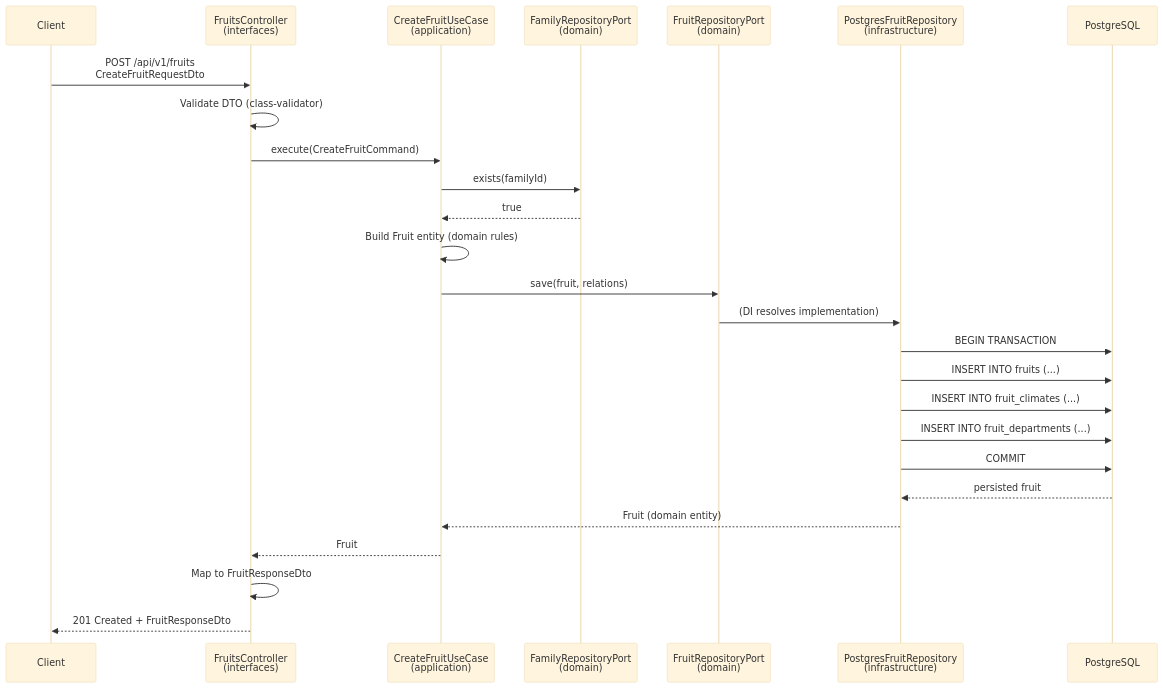
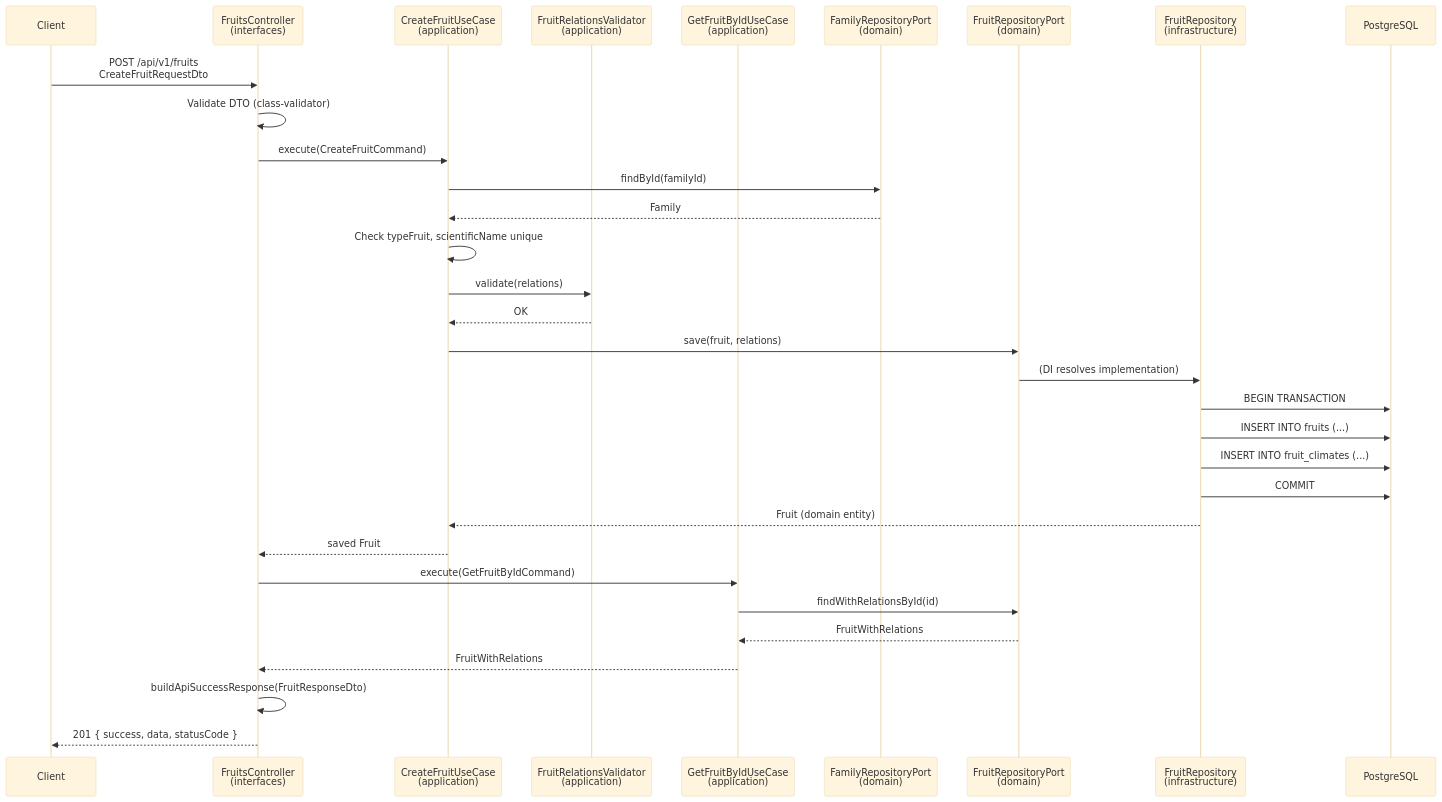
The diagram in docs/architecture/04-sequence-create-fruit.md (JeansCordoba/Colombian_fruits), drawn with Mermaid (base theme) before and after one commit. The commit also changed other lines of this file and 35 other files, not shown here.

Commit message:
docs: update documentation, diagrams, wiki and Study learning section

````diff
--- a/docs/architecture/04-sequence-create-fruit.md
+++ b/docs/architecture/04-sequence-create-fruit.md
@@ -19,29 +21,35 @@
 ```mermaid
 sequenceDiagram
     participant Client
     participant Controller as FruitsController<br/>(interfaces)
-    participant UseCase as CreateFruitUseCase<br/>(application)
+    participant CreateUC as CreateFruitUseCase<br/>(application)
+    participant Validator as FruitRelationsValidator<br/>(application)
+    participant GetUC as GetFruitByIdUseCase<br/>(application)
     participant FamilyRepo as FamilyRepositoryPort<br/>(domain)
     participant FruitRepo as FruitRepositoryPort<br/>(domain)
-    participant PGRepo as PostgresFruitRepository<br/>(infrastructure)
+    participant PGRepo as FruitRepository<br/>(infrastructure)
     participant DB as PostgreSQL
 
     Client->>Controller: POST /api/v1/fruits<br/>CreateFruitRequestDto
     Controller->>Controller: Validate DTO (class-validator)
-    Controller->>UseCase: execute(CreateFruitCommand)
-    UseCase->>FamilyRepo: exists(familyId)
-    FamilyRepo-->>UseCase: true
-    UseCase->>UseCase: Build Fruit entity (domain rules)
-    UseCase->>FruitRepo: save(fruit, relations)
+    Controller->>CreateUC: execute(CreateFruitCommand)
+    CreateUC->>FamilyRepo: findById(familyId)
+    FamilyRepo-->>CreateUC: Family
+    CreateUC->>CreateUC: Check typeFruit, scientificName unique
+    CreateUC->>Validator: validate(relations)
+    Validator-->>CreateUC: OK
+    CreateUC->>FruitRepo: save(fruit, relations)
     FruitRepo->>PGRepo: (DI resolves implementation)
     PGRepo->>DB: BEGIN TRANSACTION
     PGRepo->>DB: INSERT INTO fruits (...)
     PGRepo->>DB: INSERT INTO fruit_climates (...)
-    PGRepo->>DB: INSERT INTO fruit_departments (...)
     PGRepo->>DB: COMMIT
-    DB-->>PGRepo: persisted fruit
-    PGRepo-->>UseCase: Fruit (domain entity)
-    UseCase-->>Controller: Fruit
-    Controller->>Controller: Map to FruitResponseDto
-    Controller-->>Client: 201 Created + FruitResponseDto
+    PGRepo-->>CreateUC: Fruit (domain entity)
+    CreateUC-->>Controller: saved Fruit
+    Controller->>GetUC: execute(GetFruitByIdCommand)
+    GetUC->>FruitRepo: findWithRelationsById(id)
+    FruitRepo-->>GetUC: FruitWithRelations
+    GetUC-->>Controller: FruitWithRelations
+    Controller->>Controller: buildApiSuccessResponse(FruitResponseDto)
+    Controller-->>Client: 201 { success, data, statusCode }
 ```
````
